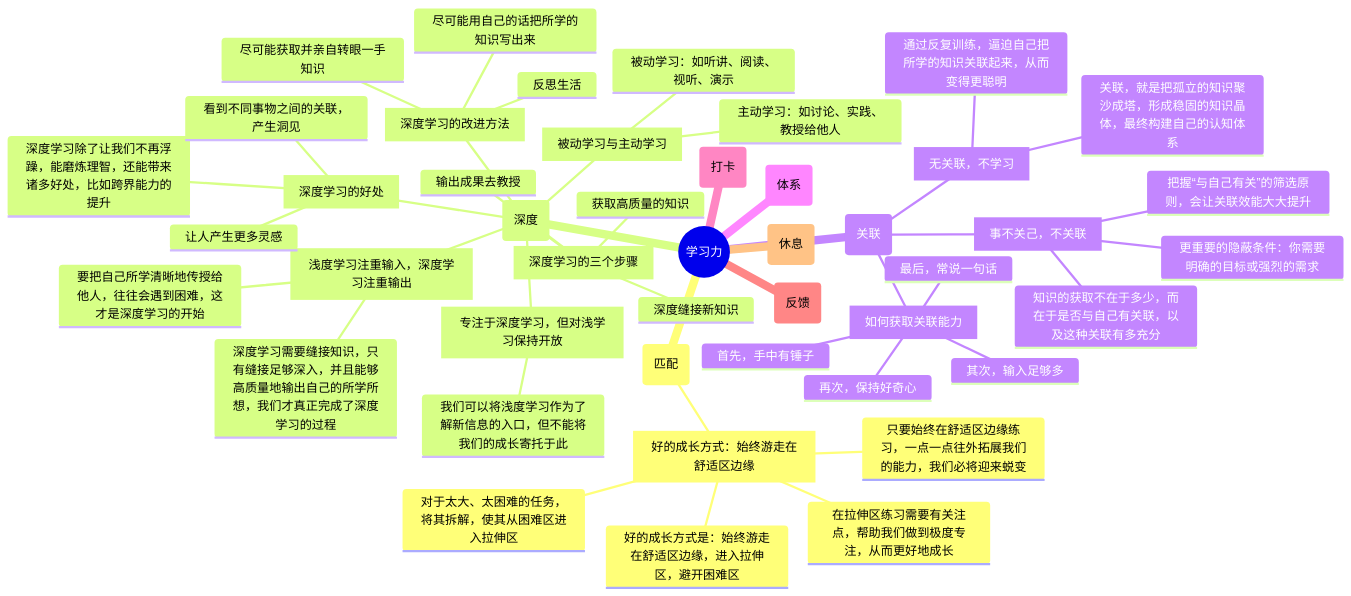
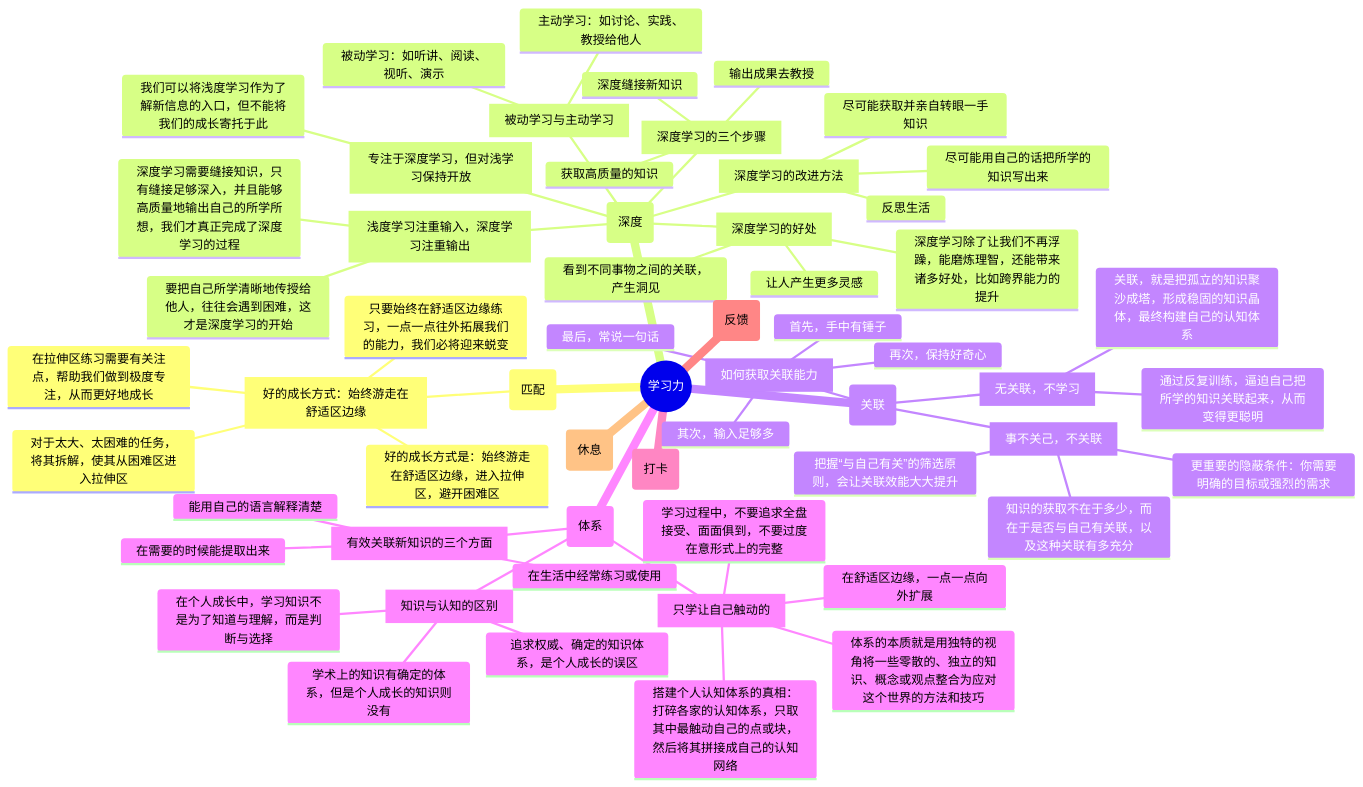
The sixth of 6 diagrams in reading-notes/rzjx/README.md (ytx-readings/zl-books), drawn with Mermaid before and after one commit. The commit also changed other lines of this file, not shown here.

````diff
--- a/reading-notes/rzjx/README.md
+++ b/reading-notes/rzjx/README.md
@@ -499,48 +527,61 @@
 ```mermaid
 mindmap
 ((学习力))
     (匹配)
         [好的成长方式：始终游走在舒适区边缘]
             好的成长方式是：始终游走在舒适区边缘，进入拉伸区，避开困难区
             对于太大、太困难的任务，将其拆解，使其从困难区进入拉伸区
             在拉伸区练习需要有关注点，帮助我们做到极度专注，从而更好地成长
             只要始终在舒适区边缘练习，一点一点往外拓展我们的能力，我们必将迎来蜕变
     (深度)
         [被动学习与主动学习]
             被动学习：如听讲、阅读、视听、演示
             主动学习：如讨论、实践、教授给他人
         [浅度学习注重输入，深度学习注重输出]
             要把自己所学清晰地传授给他人，往往会遇到困难，这才是深度学习的开始
             深度学习需要缝接知识，只有缝接足够深入，并且能够高质量地输出自己的所学所想，我们才真正完成了深度学习的过程
         [深度学习的三个步骤]
             获取高质量的知识
             深度缝接新知识
             输出成果去教授
         [深度学习的改进方法]
             尽可能获取并亲自转眼一手知识
             尽可能用自己的话把所学的知识写出来
             反思生活
         [深度学习的好处]
             深度学习除了让我们不再浮躁，能磨炼理智，还能带来诸多好处，比如跨界能力的提升
             让人产生更多灵感
             看到不同事物之间的关联，产生洞见
         [专注于深度学习，但对浅学习保持开放]
             我们可以将浅度学习作为了解新信息的入口，但不能将我们的成长寄托于此
     (关联)
         [无关联，不学习]
             关联，就是把孤立的知识聚沙成塔，形成稳固的知识晶体，最终构建自己的认知体系
             通过反复训练，逼迫自己把所学的知识关联起来，从而变得更聪明
         [事不关己，不关联]
             知识的获取不在于多少，而在于是否与自己有关联，以及这种关联有多充分
             把握“与自己有关”的筛选原则，会让关联效能大大提升
             更重要的隐蔽条件：你需要明确的目标或强烈的需求
         [如何获取关联能力]
             首先，手中有锤子
             其次，输入足够多
             再次，保持好奇心
             最后，常说一句话
     (体系)
+        [知识与认知的区别]
+            学术上的知识有确定的体系，但是个人成长的知识则没有
+            追求权威、确定的知识体系，是个人成长的误区
+            在个人成长中，学习知识不是为了知道与理解，而是判断与选择
+        [只学让自己触动的]
+            学习过程中，不要追求全盘接受、面面俱到，不要过度在意形式上的完整
+            体系的本质就是用独特的视角将一些零散的、独立的知识、概念或观点整合为应对这个世界的方法和技巧
+            搭建个人认知体系的真相：打碎各家的认知体系，只取其中最触动自己的点或块，然后将其拼接成自己的认知网络
+            在舒适区边缘，一点一点向外扩展
+        [有效关联新知识的三个方面]
+            能用自己的语言解释清楚
+            在需要的时候能提取出来
+            在生活中经常练习或使用
     (打卡)
     (反馈)
     (休息)
 ```
````
